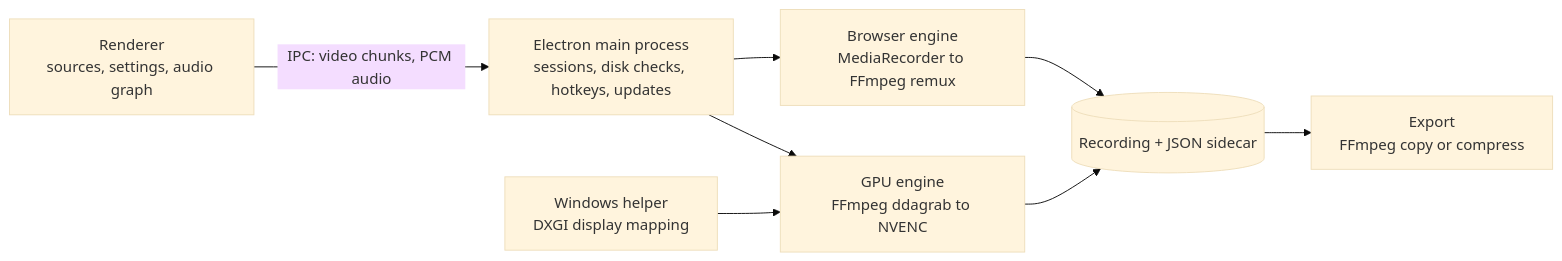
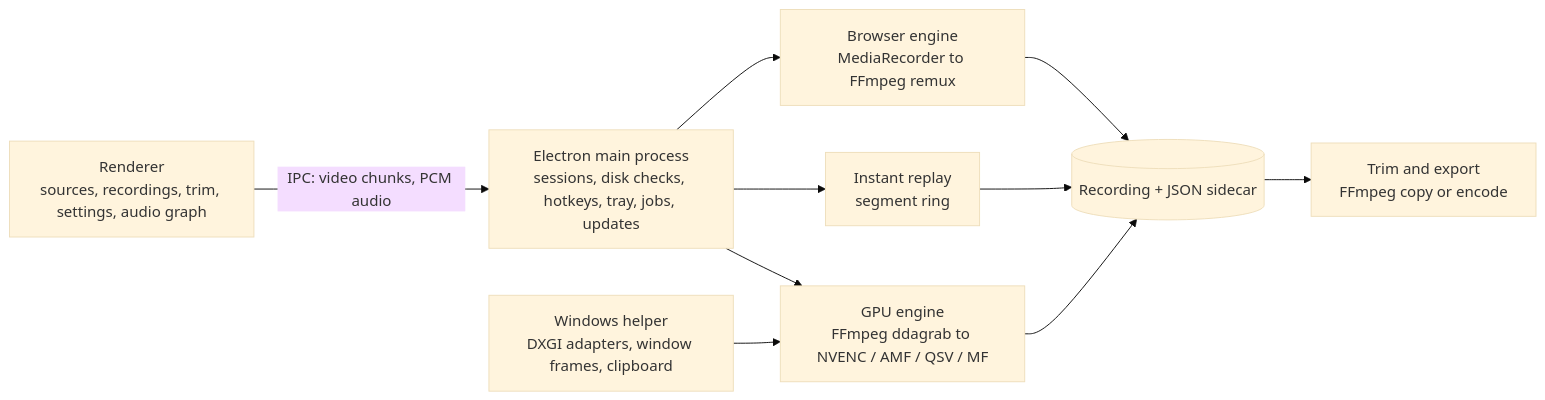
Before and after one commit to sevenevesai/SleekRec: the diagram in README.md, drawn with Mermaid (base theme). The commit also changed other lines of this file and 5 other files, not shown here.

First line of the commit message:
docs: design docs for GPU capture on every vendor, instant replay, the recordings panel and hotkeys

````diff
--- a/README.md
+++ b/README.md
@@ -110,17 +125,20 @@
 ```mermaid
 flowchart LR
-  ui["Renderer<br/>sources, settings, audio graph"]
-  main["Electron main process<br/>sessions, disk checks, hotkeys, updates"]
-  helper["Windows helper<br/>DXGI display mapping"]
-  gpu["GPU engine<br/>FFmpeg ddagrab to NVENC"]
+  ui["Renderer<br/>sources, recordings, trim, settings, audio graph"]
+  main["Electron main process<br/>sessions, disk checks, hotkeys, tray, jobs, updates"]
+  helper["Windows helper<br/>DXGI adapters, window frames, clipboard"]
+  gpu["GPU engine<br/>FFmpeg ddagrab to NVENC / AMF / QSV / MF"]
+  replay["Instant replay<br/>segment ring"]
   web["Browser engine<br/>MediaRecorder to FFmpeg remux"]
   files[("Recording + JSON sidecar")]
-  export["Export<br/>FFmpeg copy or compress"]
+  edit["Trim and export<br/>FFmpeg copy or encode"]
   ui -- "IPC: video chunks, PCM audio" --> main
   main --> gpu
+  main --> replay
   main --> web
   helper --> gpu
   gpu --> files
+  replay --> files
   web --> files
-  files --> export
+  files --> edit
 ```
````
